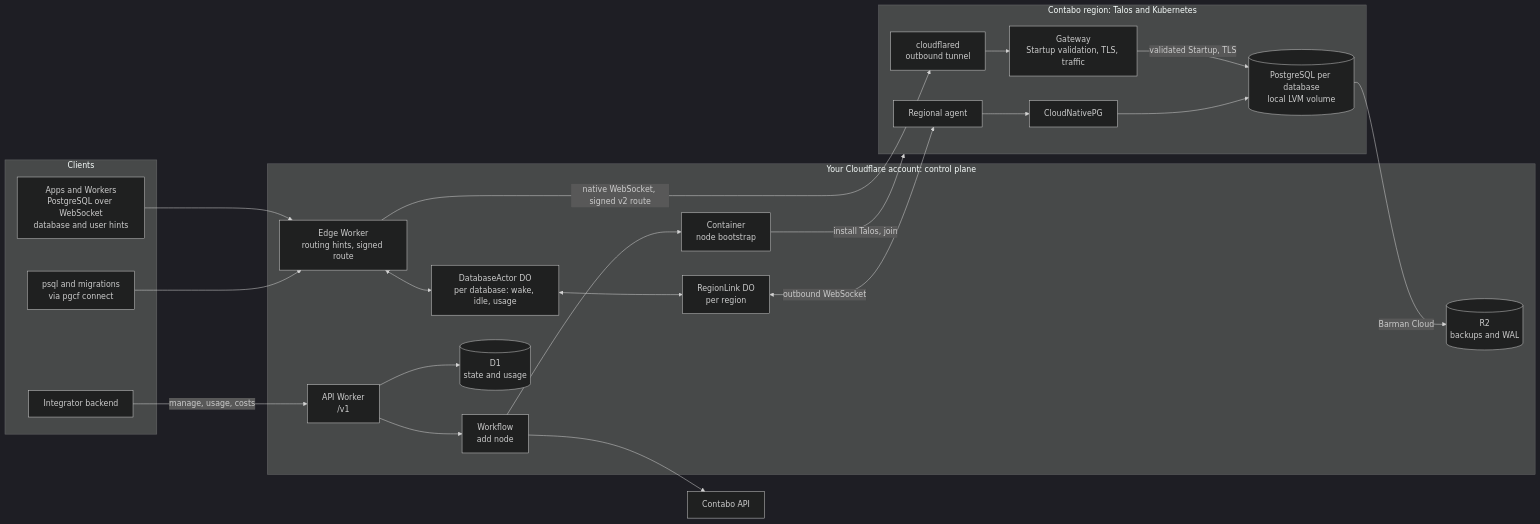
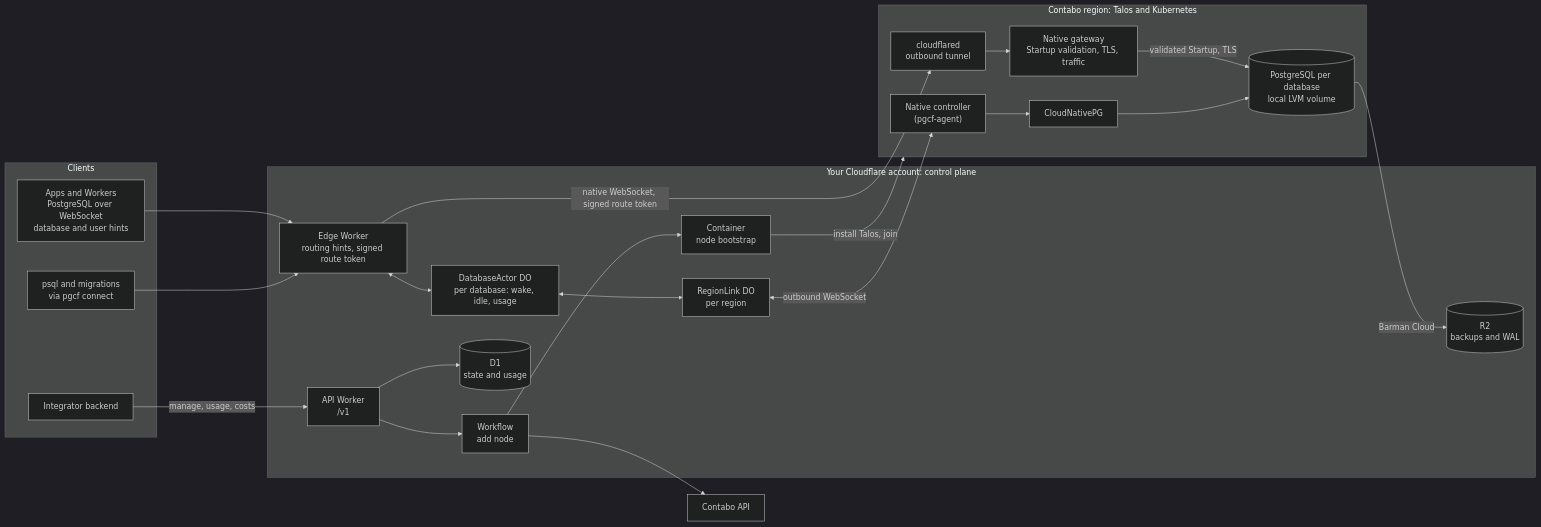
Before and after one commit to amerged-org/cloudflare-postgres: the first of 2 diagrams in README.md, drawn with Mermaid (dark theme). The commit also changed other lines of this file and 6 other files, not shown here.

````diff
--- a/README.md
+++ b/README.md
@@ -138,47 +65,47 @@
 ```mermaid
 flowchart LR
   subgraph Clients
     App["Apps and Workers<br/>PostgreSQL over WebSocket<br/>database and user hints"]
     Tools["psql and migrations<br/>via pgcf connect"]
     Integrator["Integrator backend"]
   end
 
   subgraph CF["Your Cloudflare account: control plane"]
-    Edge["Edge Worker<br/>routing hints, signed route"]
+    Edge["Edge Worker<br/>routing hints, signed route token"]
     API["API Worker<br/>/v1"]
     DBA["DatabaseActor DO<br/>per database: wake, idle, usage"]
     RL["RegionLink DO<br/>per region"]
     WF["Workflow<br/>add node"]
     D1[("D1<br/>state and usage")]
     R2[("R2<br/>backups and WAL")]
     Boot["Container<br/>node bootstrap"]
   end
 
   subgraph Region["Contabo region: Talos and Kubernetes"]
     CFD["cloudflared<br/>outbound tunnel"]
-    GW["Gateway<br/>Startup validation, TLS, traffic"]
-    Agent["Regional agent"]
+    GW["Native gateway<br/>Startup validation, TLS, traffic"]
+    Agent["Native controller<br/>(pgcf-agent)"]
     CNPG["CloudNativePG"]
     PG[("PostgreSQL per database<br/>local LVM volume")]
   end
 
   Contabo["Contabo API"]
 
   App --> Edge
   Tools --> Edge
   Integrator -->|"manage, usage, costs"| API
   Edge <--> DBA
-  Edge -->|"native WebSocket, signed v2 route"| CFD
+  Edge -->|"native WebSocket, signed route token"| CFD
   CFD --> GW
   GW -->|"validated Startup, TLS"| PG
   API --> D1
   API --> WF
   DBA <--> RL
   RL <-->|"outbound WebSocket"| Agent
   Agent --> CNPG
   CNPG --> PG
   PG -->|"Barman Cloud"| R2
   WF --> Contabo
   WF --> Boot
   Boot -->|"install Talos, join"| Region
 ```
````
